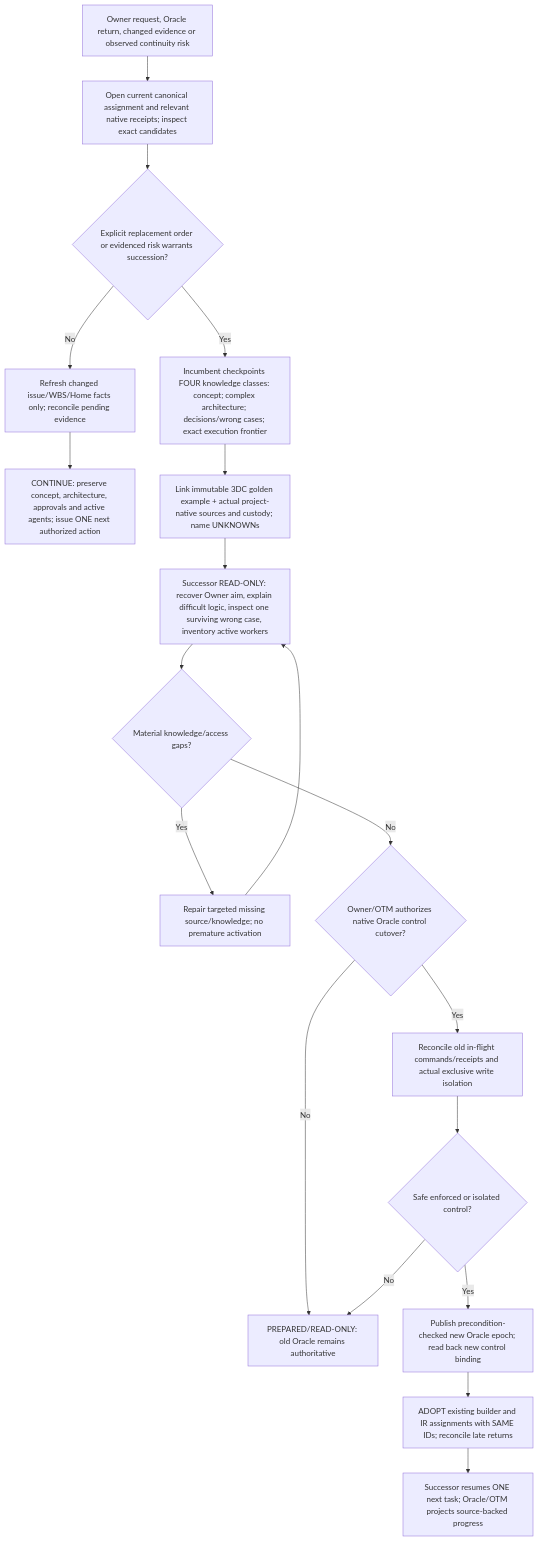
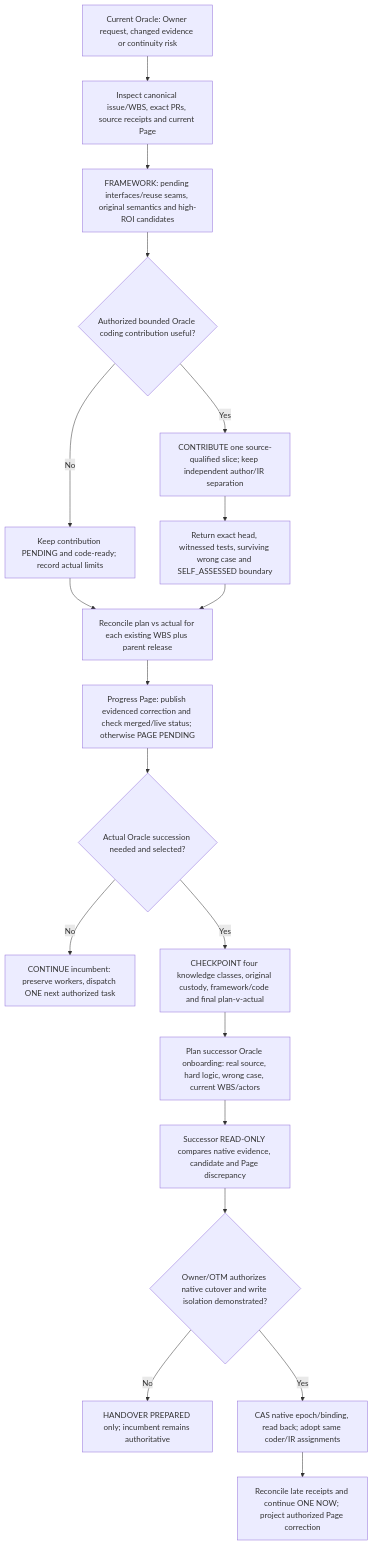
Before and after one commit to reallakshman19/Common: the fifth of 5 diagrams in skills/agent-work/ENTRY_PROCESS_MAPS.md, drawn with Mermaid. The commit also changed other lines of this file, not shown here.

Commit message:
docs(agent-work): map framework-first Oracle contribution and handover closeout

````diff
--- a/skills/agent-work/ENTRY_PROCESS_MAPS.md
+++ b/skills/agent-work/ENTRY_PROCESS_MAPS.md
@@ -164,22 +170,21 @@
 ```mermaid
 flowchart TD
-  E0["Owner request, Oracle return, changed evidence or observed continuity risk"]
-  E0 --> E1["Open current canonical assignment and relevant native receipts; inspect exact candidates"]
-  E1 --> E2{"Explicit replacement order or evidenced risk warrants succession?"}
-  E2 -->|No| E3["Refresh changed issue/WBS/Home facts only; reconcile pending evidence"]
-  E3 --> E4["CONTINUE: preserve concept, architecture, approvals and active agents; issue ONE next authorized action"]
-  E2 -->|Yes| E5["Incumbent checkpoints FOUR knowledge classes: concept; complex architecture; decisions/wrong cases; exact execution frontier"]
-  E5 --> E6["Link immutable 3DC golden example + actual project-native sources and custody; name UNKNOWNs"]
-  E6 --> E7["Successor READ-ONLY: recover Owner aim, explain difficult logic, inspect one surviving wrong case, inventory active workers"]
-  E7 --> E8{"Material knowledge/access gaps?"}
-  E8 -->|Yes| EX["Repair targeted missing source/knowledge; no premature activation"]
-  EX --> E7
-  E8 -->|No| E9{"Owner/OTM authorizes native Oracle control cutover?"}
-  E9 -->|No| EH["PREPARED/READ-ONLY: old Oracle remains authoritative"]
-  E9 -->|Yes| E10["Reconcile old in-flight commands/receipts and actual exclusive write isolation"]
-  E10 --> E11{"Safe enforced or isolated control?"}
-  E11 -->|No| EH
-  E11 -->|Yes| E12["Publish precondition-checked new Oracle epoch; read back new control binding"]
-  E12 --> E13["ADOPT existing builder and IR assignments with SAME IDs; reconcile late returns"]
-  E13 --> E14["Successor resumes ONE next task; Oracle/OTM projects source-backed progress"]
+ E0["Current Oracle: Owner request, changed evidence or continuity risk"] --> E1["Inspect canonical issue/WBS, exact PRs, source receipts and current Page"]
+ E1 --> E2["FRAMEWORK: pending interfaces/reuse seams, original semantics and high-ROI candidates"]
+ E2 --> E3{"Authorized bounded Oracle coding contribution useful?"}
+ E3 -->|Yes| E4["CONTRIBUTE one source-qualified slice; keep independent author/IR separation"]
+ E3 -->|No| E5["Keep contribution PENDING and code-ready; record actual limits"]
+ E4 --> E6["Return exact head, witnessed tests, surviving wrong case and SELF_ASSESSED boundary"]
+ E5 --> E7["Reconcile plan vs actual for each existing WBS plus parent release"]
+ E6 --> E7
+ E7 --> E8["Progress Page: publish evidenced correction and check merged/live status; otherwise PAGE PENDING"]
+ E8 --> E9{"Actual Oracle succession needed and selected?"}
+ E9 -->|No| E10["CONTINUE incumbent: preserve workers, dispatch ONE next authorized task"]
+ E9 -->|Yes| E11["CHECKPOINT four knowledge classes, original custody, framework/code and final plan-v-actual"]
+ E11 --> E12["Plan successor Oracle onboarding: real source, hard logic, wrong case, current WBS/actors"]
+ E12 --> E13["Successor READ-ONLY compares native evidence, candidate and Page discrepancy"]
+ E13 --> E14{"Owner/OTM authorizes native cutover and write isolation demonstrated?"}
+ E14 -->|No| EH["HANDOVER PREPARED only; incumbent remains authoritative"]
+ E14 -->|Yes| E15["CAS native epoch/binding, read back; adopt same coder/IR assignments"]
+ E15 --> E16["Reconcile late receipts and continue ONE NOW; project authorized Page correction"]
 ```
````
